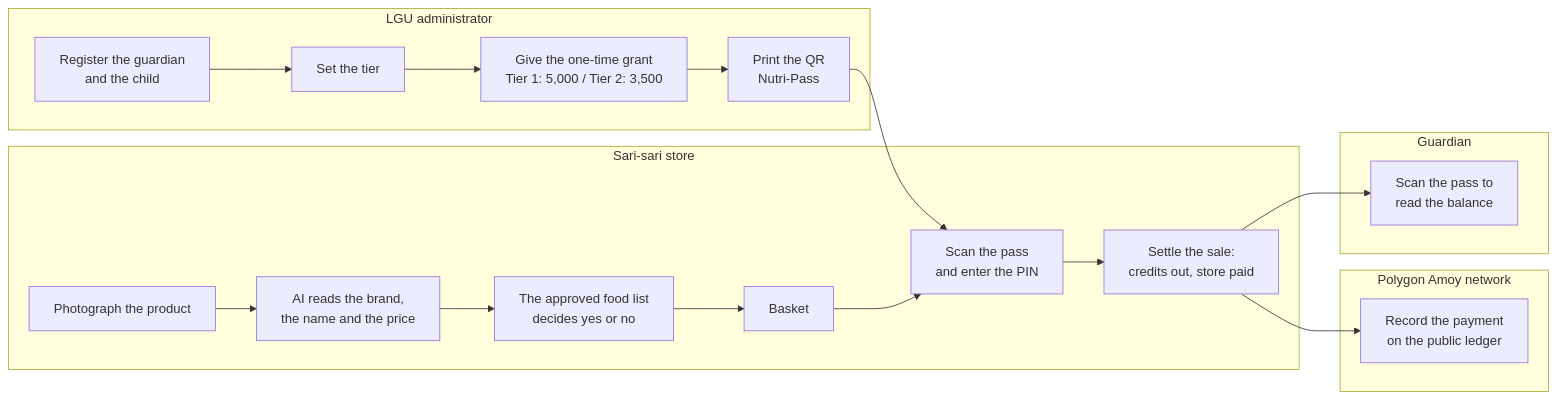
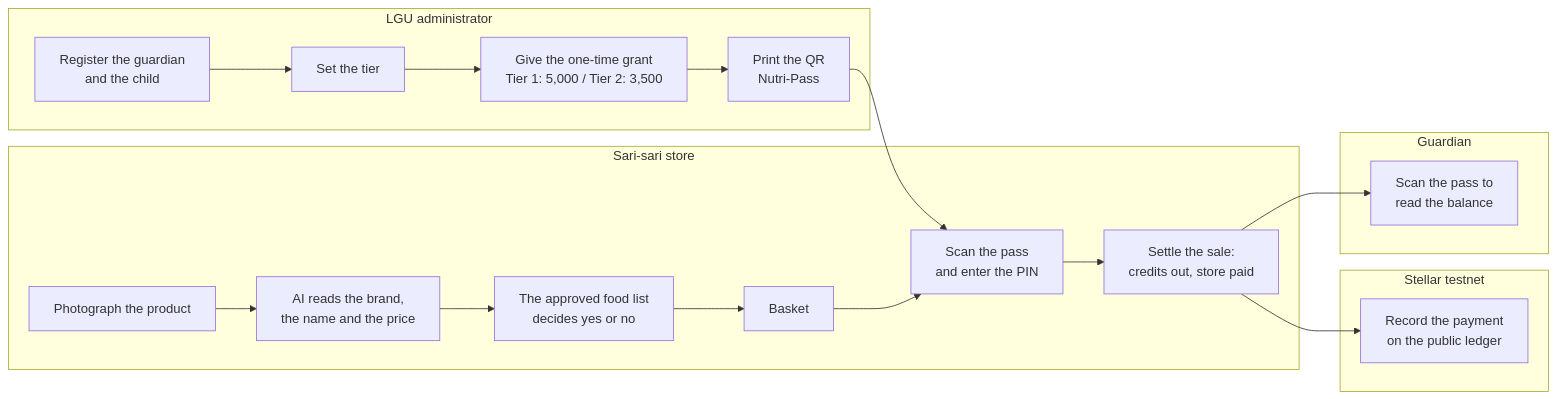
The diagram in README.md (Yahiro025/BANTAYOG), drawn with Mermaid before and after one commit. The commit also changed other lines of this file and 141 other files, not shown here.

````diff
--- a/README.md
+++ b/README.md
@@ -78,31 +78,31 @@
 ```mermaid
 flowchart LR
   subgraph LGU["LGU administrator"]
     A1["Register the guardian<br/>and the child"]
     A2["Set the tier"]
     A3["Give the one-time grant<br/>Tier 1: 5,000 / Tier 2: 3,500"]
     A4["Print the QR<br/>Nutri-Pass"]
   end
 
   subgraph Store["Sari-sari store"]
     B1["Photograph the product"]
     B2["AI reads the brand,<br/>the name and the price"]
     B3["The approved food list<br/>decides yes or no"]
     B4["Basket"]
     B5["Scan the pass<br/>and enter the PIN"]
     B6["Settle the sale:<br/>credits out, store paid"]
   end
 
-  subgraph Chain["Polygon Amoy network"]
+  subgraph Chain["Stellar testnet"]
     C1["Record the payment<br/>on the public ledger"]
   end
 
   subgraph Guardian["Guardian"]
     D1["Scan the pass to<br/>read the balance"]
   end
 
   A1 --> A2 --> A3 --> A4 --> B5
   B1 --> B2 --> B3 --> B4 --> B5 --> B6
   B6 --> C1
   B6 --> D1
 ```
````
